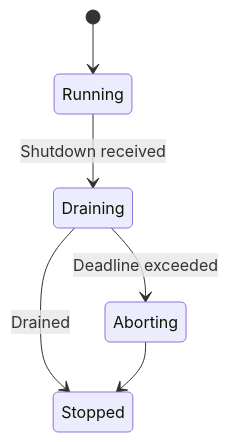
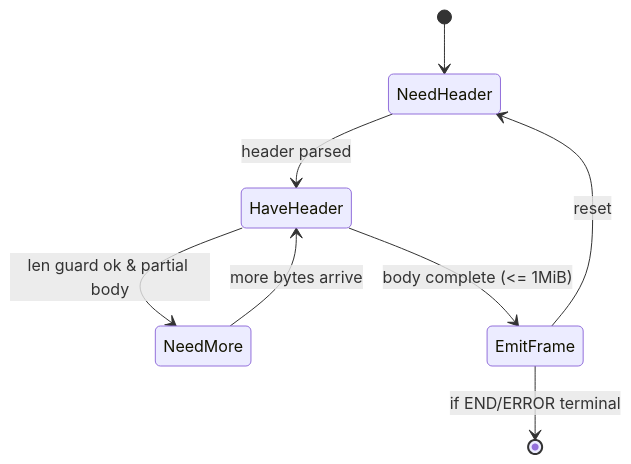
Before and after one commit to Y3LLOWVESTS/rustyonions: the diagram in crates/oap/docs/CONCURRENCY.MD, drawn with Mermaid. The commit also changed other lines of this file and 58 other files, not shown here.

````diff
--- a/crates/oap/docs/CONCURRENCY.MD
+++ b/crates/oap/docs/CONCURRENCY.MD
@@ -143,8 +266,10 @@
 ```mermaid
 stateDiagram-v2
-  [*] --> Running
-  Running --> Draining: Shutdown received
-  Draining --> Aborting: Deadline exceeded
-  Draining --> Stopped: Drained
-  Aborting --> Stopped
+  [*] --> NeedHeader
+  NeedHeader --> HaveHeader: header parsed
+  HaveHeader --> NeedMore: len guard ok & partial body
+  HaveHeader --> EmitFrame: body complete (<= 1MiB)
+  NeedMore --> HaveHeader: more bytes arrive
+  EmitFrame --> NeedHeader: reset
+  EmitFrame --> [*]: if END/ERROR terminal
 ```
````
